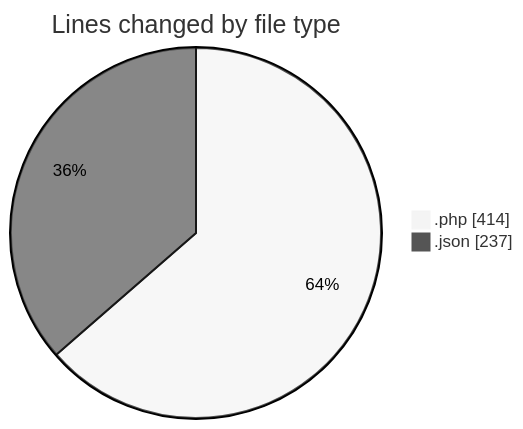
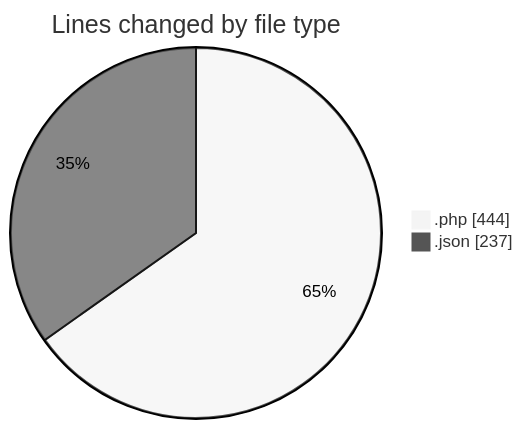
Before and after one commit to idhammustaqopulfikri/code-tracking: the first of 2 diagrams in 2025-06-02/studio-backend/README.md, drawn with Mermaid (neutral theme). The commit also changed other lines of this file and 1 other file, not shown here.

````diff
--- a/2025-06-02/studio-backend/README.md
+++ b/2025-06-02/studio-backend/README.md
@@ -27,6 +27,6 @@
 ```mermaid
 pie showData
 title Lines changed by file type
-".php" : 414
+".php" : 444
 ".json" : 237
 ```
````
